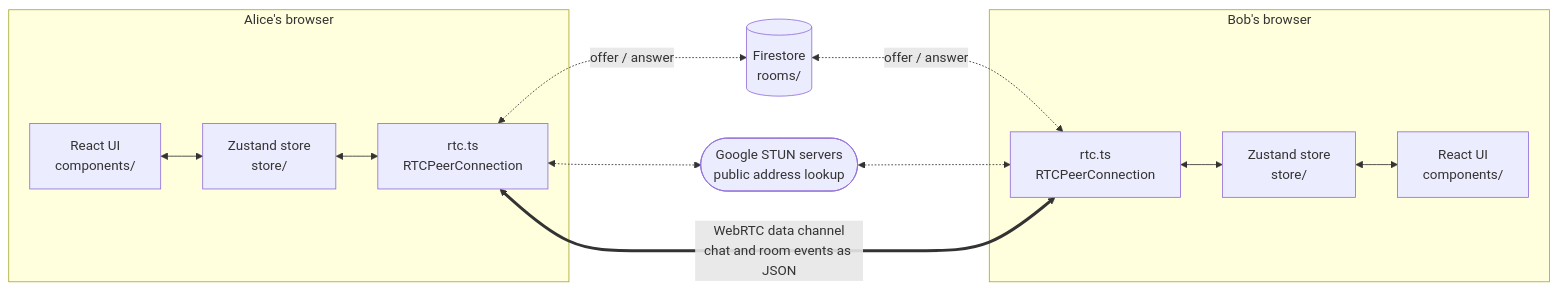
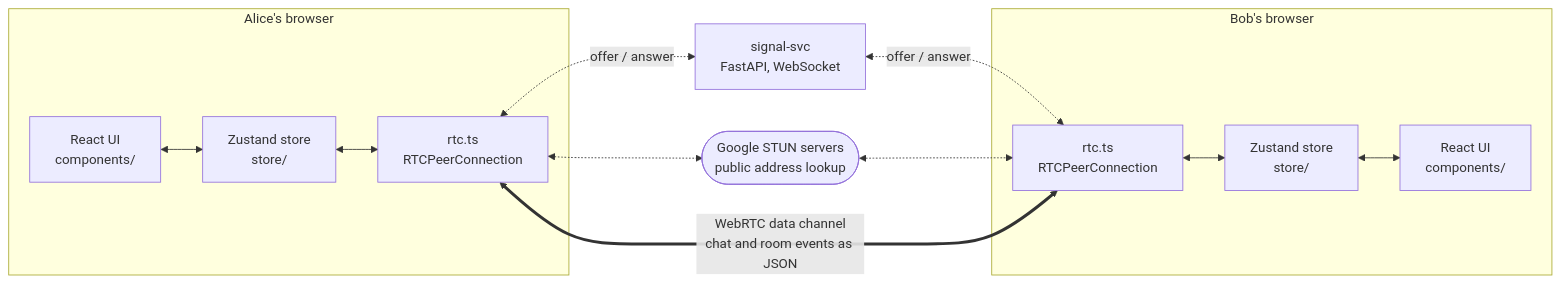
Before and after one commit to LitHaxor/webRTC-mesh-chat: the first of 3 diagrams in README.md, drawn with Mermaid. The commit also changed other lines of this file and 49 other files, not shown here.

````diff
--- a/README.md
+++ b/README.md
@@ -19,18 +42,18 @@
 ```mermaid
 flowchart LR
   subgraph A["Alice's browser"]
     UIA["React UI<br/>components/"] <--> StoreA["Zustand store<br/>store/"]
     StoreA <--> RtcA["rtc.ts<br/>RTCPeerConnection"]
   end
 
   subgraph B["Bob's browser"]
     RtcB["rtc.ts<br/>RTCPeerConnection"] <--> StoreB["Zustand store<br/>store/"]
     StoreB <--> UIB["React UI<br/>components/"]
   end
 
-  RtcA <-.->|"offer / answer"| FS[("Firestore<br/>rooms/")]
-  FS <-.->|"offer / answer"| RtcB
+  RtcA <-.->|"offer / answer"| SIG["signal-svc<br/>FastAPI, WebSocket"]
+  SIG <-.->|"offer / answer"| RtcB
   RtcA <-.-> STUN(["Google STUN servers<br/>public address lookup"])
   STUN <-.-> RtcB
   RtcA <==>|"WebRTC data channel<br/>chat and room events as JSON"| RtcB
 ```
````
